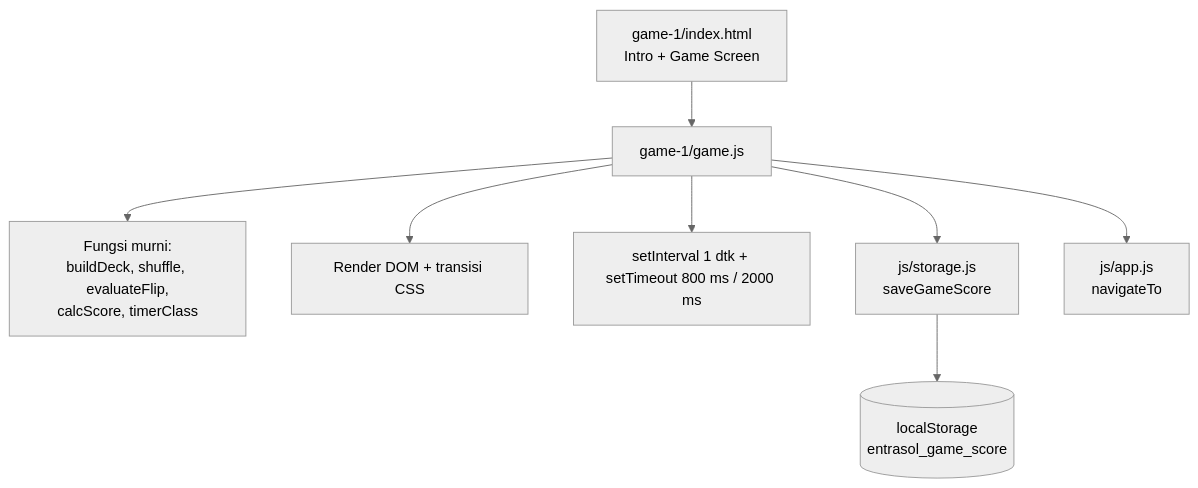
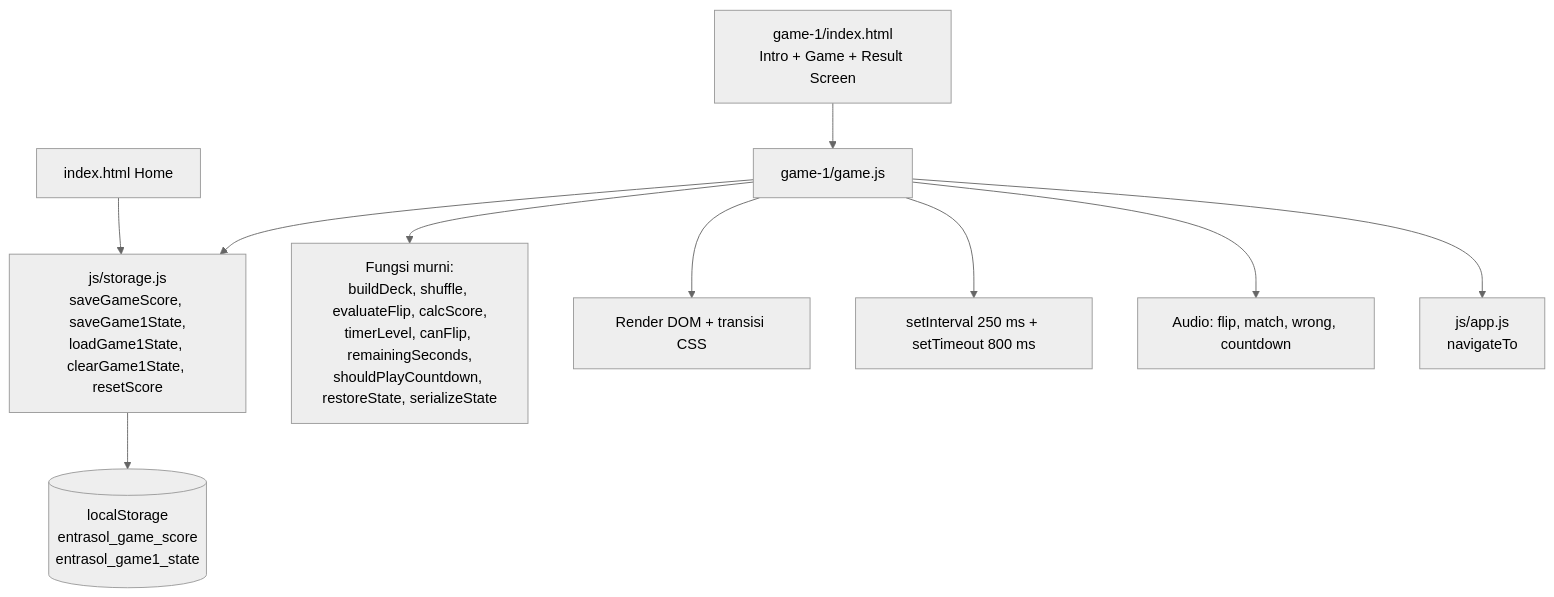
Before and after one commit to rilan-phd/game-entrasol: the second of 2 diagrams in .kiro/specs/memory-flip-game/design.md, drawn with Mermaid (neutral theme). The commit also changed other lines of this file and 12 other files, not shown here.

Commit message:
Update Memory Flip, landing page, storage, styles, dan audio

````diff
--- a/.kiro/specs/memory-flip-game/design.md
+++ b/.kiro/specs/memory-flip-game/design.md
@@ -57,10 +86,12 @@
 ```mermaid
 flowchart TD
-    UI[game-1/index.html<br/>Intro + Game Screen] --> G[game-1/game.js]
-    G --> PURE[Fungsi murni:<br/>buildDeck, shuffle, evaluateFlip,<br/>calcScore, timerClass]
+    UI[game-1/index.html<br/>Intro + Game + Result Screen] --> G[game-1/game.js]
+    HOME[index.html Home] --> ST
+    G --> PURE[Fungsi murni:<br/>buildDeck, shuffle, evaluateFlip, calcScore,<br/>timerLevel, canFlip, remainingSeconds,<br/>shouldPlayCountdown, restoreState, serializeState]
     G --> DOM[Render DOM + transisi CSS]
-    G --> TIMER[setInterval 1 dtk + setTimeout 800 ms / 2000 ms]
-    G --> ST[js/storage.js<br/>saveGameScore]
+    G --> TIMER[setInterval 250 ms + setTimeout 800 ms]
+    G --> AUD[Audio: flip, match, wrong, countdown]
+    G --> ST[js/storage.js<br/>saveGameScore, saveGame1State,<br/>loadGame1State, clearGame1State, resetScore]
     G --> APP[js/app.js<br/>navigateTo]
-    ST --> LS[(localStorage<br/>entrasol_game_score)]
+    ST --> LS[(localStorage<br/>entrasol_game_score<br/>entrasol_game1_state)]
 ```
````
